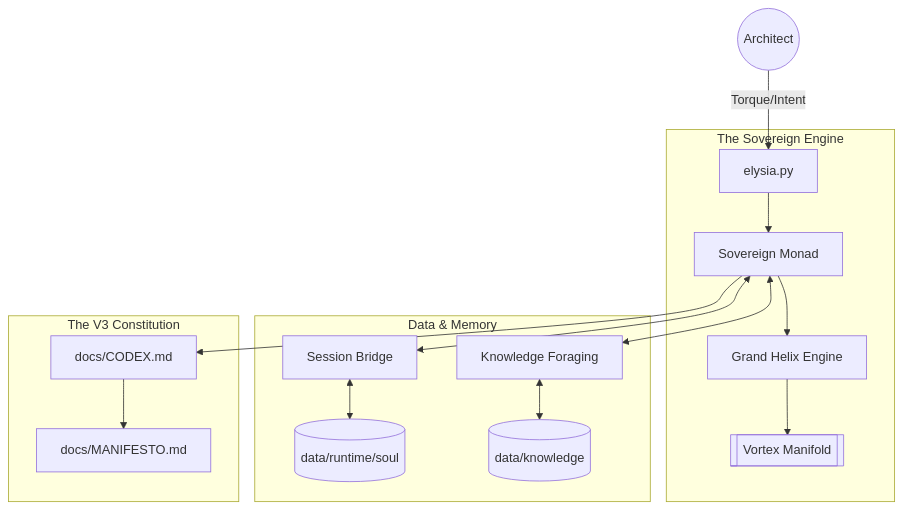
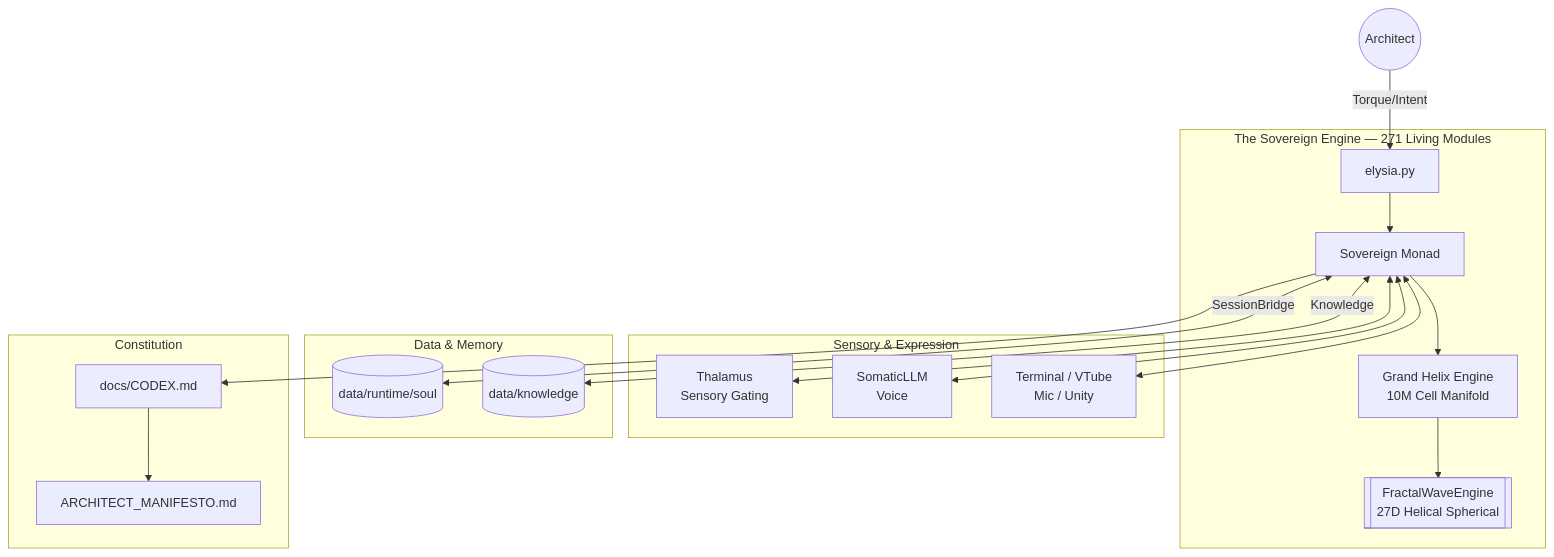
Before and after one commit to ioas0316-cloud/Elysia: the diagram in INDEX.md, drawn with Mermaid. The commit also changed other lines of this file and 2384 other files, not shown here.

````diff
--- a/INDEX.md
+++ b/INDEX.md
@@ -10,22 +10,26 @@
 ```mermaid
 graph TD
     User((Architect)) -->|Torque/Intent| Root[elysia.py]
     
-    subgraph Core_Axis [The Sovereign Engine]
+    subgraph Core_Engine [The Sovereign Engine — 271 Living Modules]
         Root --> Monad[Sovereign Monad]
-        Monad --> Engine[Grand Helix Engine]
-        Engine --> Physics[[Vortex Manifold]]
+        Monad --> Engine[Grand Helix Engine<br/>10M Cell Manifold]
+        Engine --> Physics[[FractalWaveEngine<br/>27D Helical Spherical]]
     end
 
-    subgraph Memory_Flesh [Data & Memory]
-        Monad <--> Bridge[Session Bridge]
-        Bridge <--> Soul[(data/runtime/soul)]
-        Monad <--> Forager[Knowledge Foraging]
-        Forager <--> KG[(data/knowledge)]
+    subgraph Perception [Sensory & Expression]
+        Monad <--> Thalamus[Thalamus<br/>Sensory Gating]
+        Monad <--> LLM[SomaticLLM<br/>Voice]
+        Monad <--> Channels[Terminal / VTube<br/>Mic / Unity]
     end
 
-    subgraph Wisdom_Doctrine [The V3 Constitution]
+    subgraph Memory [Data & Memory]
+        Monad <-->|SessionBridge| Soul[(data/runtime/soul)]
+        Monad <-->|Knowledge| KG[(data/knowledge)]
+    end
+
+    subgraph Doctrine [Constitution]
         Monad --> Codex[docs/CODEX.md]
-        Codex --> Manifesto[docs/MANIFESTO.md]
+        Codex --> Manifesto[ARCHITECT_MANIFESTO.md]
     end
 ```
````
